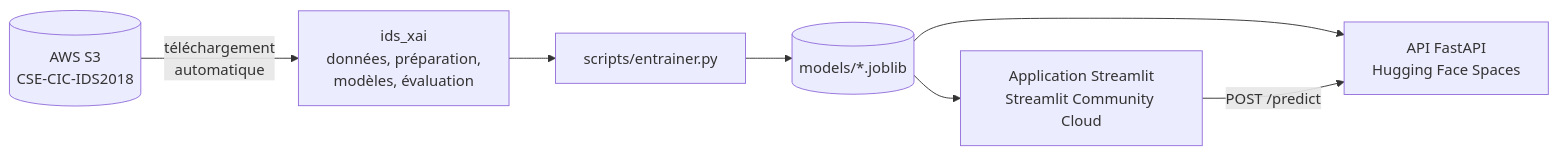
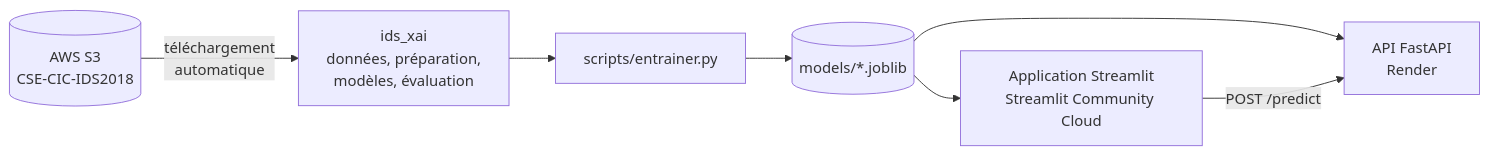
One commit to Farahgrissa/ids-xai-classification changed the diagram in README.md. Above: the diagram before and after it, drawn with Mermaid. The commit also changed other lines of this file and 5 other files, not shown here.

````diff
--- a/README.md
+++ b/README.md
@@ -143,9 +143,9 @@
 ```mermaid
 flowchart LR
     S3[(AWS S3<br/>CSE-CIC-IDS2018)] -->|téléchargement<br/>automatique| P[ids_xai<br/>données, préparation,<br/>modèles, évaluation]
     P --> SCR[scripts/entrainer.py]
     SCR --> M[(models/*.joblib)]
-    M --> API[API FastAPI<br/>Hugging Face Spaces]
+    M --> API[API FastAPI<br/>Render]
     M --> APP[Application Streamlit<br/>Streamlit Community Cloud]
     APP -->|POST /predict| API
 ```
````
